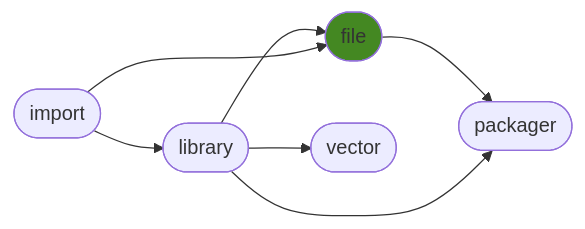
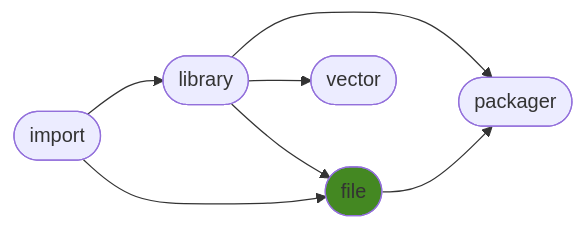
One commit to ManderaGeneral/generalfile changed the diagram in README.md. Above: the diagram before and after it, drawn with Mermaid. The commit also changed other lines of this file, not shown here.

````diff
--- a/README.md
+++ b/README.md
@@ -24,15 +24,15 @@
 ```mermaid
 flowchart LR
-1([library]) --> 2([file])
-1([library]) --> 3([vector])
-2([file]) --> 4([packager])
 0([import]) --> 1([library])
 0([import]) --> 2([file])
 1([library]) --> 4([packager])
+1([library]) --> 3([vector])
+1([library]) --> 2([file])
+2([file]) --> 4([packager])
 click 0 "https://github.com/ManderaGeneral/generalimport"
 click 1 "https://github.com/ManderaGeneral/generallibrary"
 click 2 "https://github.com/ManderaGeneral/generalfile"
 click 3 "https://github.com/ManderaGeneral/generalvector"
 click 4 "https://github.com/ManderaGeneral/generalpackager"
 style 2 fill:#482
 ```
````
